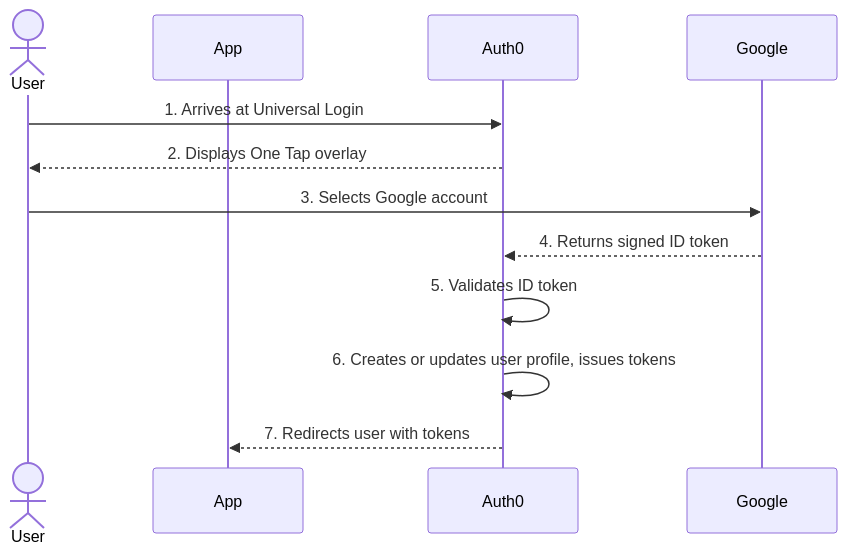
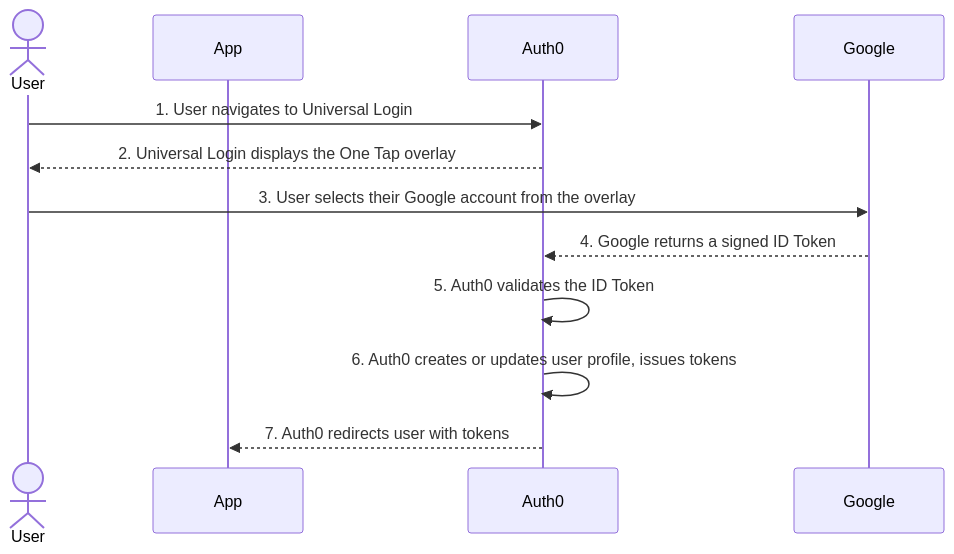
One commit to auth0/docs-v2 changed the diagram in main/docs/authenticate/identity-providers/social-identity-providers/google-one-tap.mdx. Above: the diagram before and after it, drawn with Mermaid. The commit also changed other lines of this file, not shown here.

Commit message:
Minor clean up

````diff
--- a/main/docs/authenticate/identity-providers/social-identity-providers/google-one-tap.mdx
+++ b/main/docs/authenticate/identity-providers/social-identity-providers/google-one-tap.mdx
@@ -22,21 +22,21 @@
 ```mermaid
 ---
 config:
   themeVariables:
     messageFontFamily: "Fira Code, Monaco, monospace"
     actorFontFamily: "Fira Code, Monaco, monospace"
 ---
 sequenceDiagram
     actor User
     participant App
     participant Auth0
     participant Google
 
-    User->>Auth0: 1. Arrives at Universal Login
-    Auth0-->>User: 2. Displays One Tap overlay
-    User->>Google: 3. Selects Google account
-    Google-->>Auth0: 4. Returns signed ID token
-    Auth0->>Auth0: 5. Validates ID token
-    Auth0->>Auth0: 6. Creates or updates user profile, issues tokens
-    Auth0-->>App: 7. Redirects user with tokens
+    User->>Auth0: 1. User navigates to Universal Login
+    Auth0-->>User: 2. Universal Login displays the One Tap overlay
+    User->>Google: 3. User selects their Google account from the overlay
+    Google-->>Auth0: 4. Google returns a signed ID Token
+    Auth0->>Auth0: 5. Auth0 validates the ID Token
+    Auth0->>Auth0: 6. Auth0 creates or updates user profile, issues tokens
+    Auth0-->>App: 7. Auth0 redirects user with tokens
 ```
````
